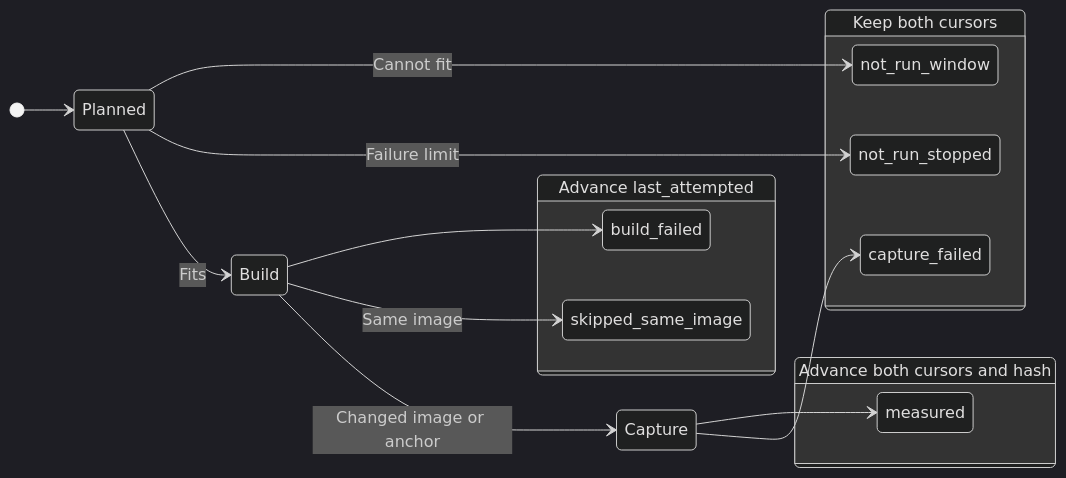
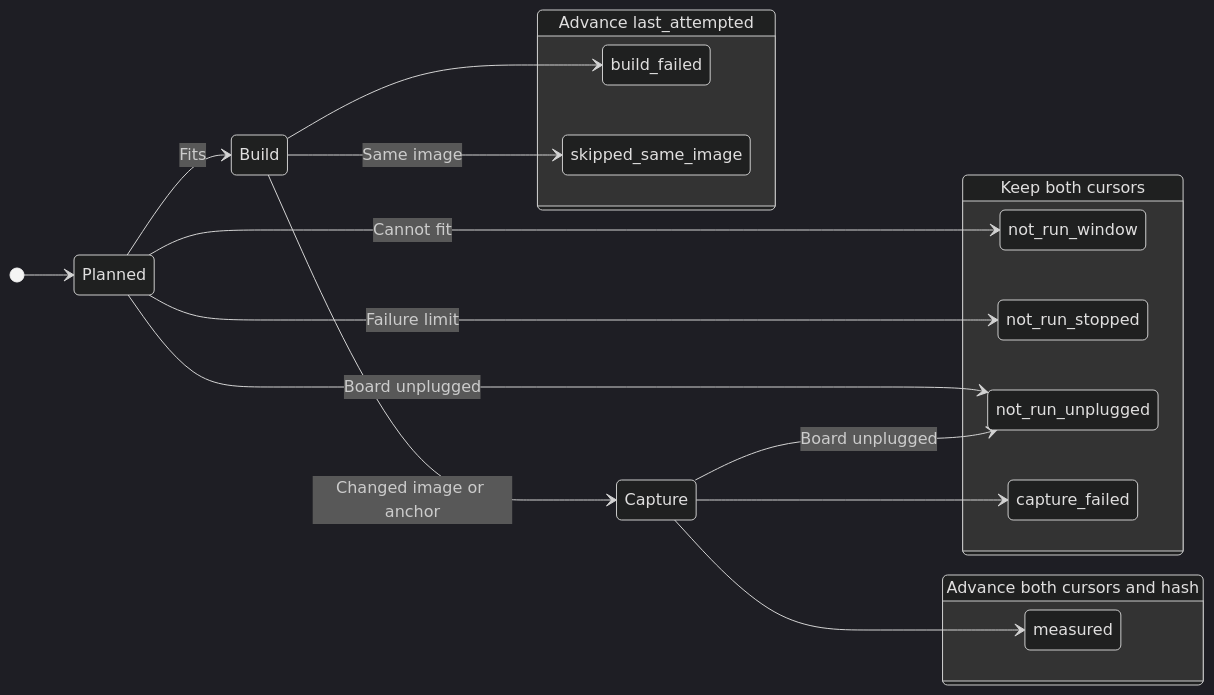
One commit to jose-villegas/autana changed the fourth of 4 diagrams in launcher/tools/perf/README.md. Above: the diagram before and after it, drawn with Mermaid (dark theme). The commit also changed other lines of this file and 3 other files, not shown here.

````diff
--- a/launcher/tools/perf/README.md
+++ b/launcher/tools/perf/README.md
@@ -287,25 +282,28 @@
 ```mermaid
 stateDiagram-v2
     direction LR
     [*] --> Planned
     Planned --> not_run_window: Cannot fit
     Planned --> not_run_stopped: Failure limit
+    Planned --> not_run_unplugged: Board unplugged
     Planned --> Build: Fits
     Build --> build_failed
     Build --> skipped_same_image: Same image
     Build --> Capture: Changed image or anchor
     Capture --> measured
     Capture --> capture_failed
+    Capture --> not_run_unplugged: Board unplugged
     state "Advance both cursors and hash" as Measured {
         measured
     }
     state "Advance last_attempted" as Attempted {
         build_failed
         skipped_same_image
     }
     state "Keep both cursors" as Unchanged {
         capture_failed
         not_run_window
         not_run_stopped
+        not_run_unplugged
     }
 ```
````
